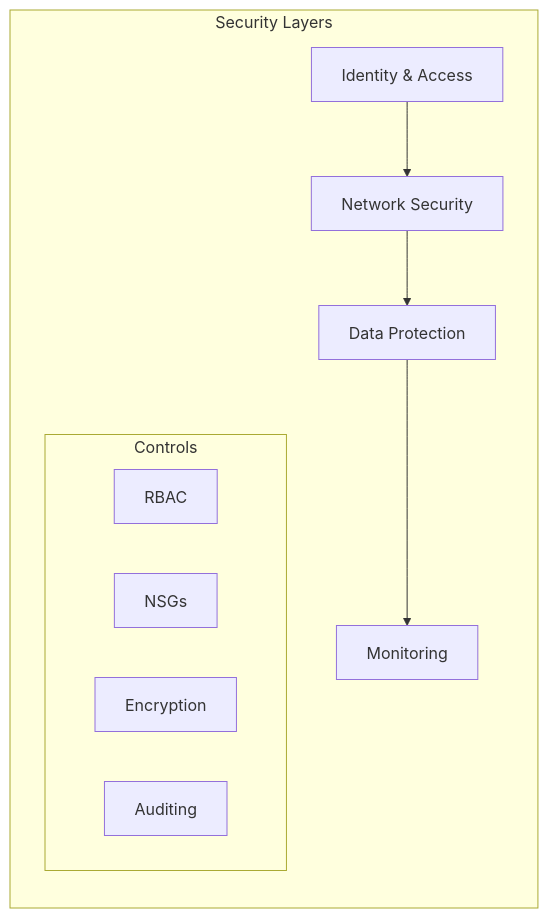
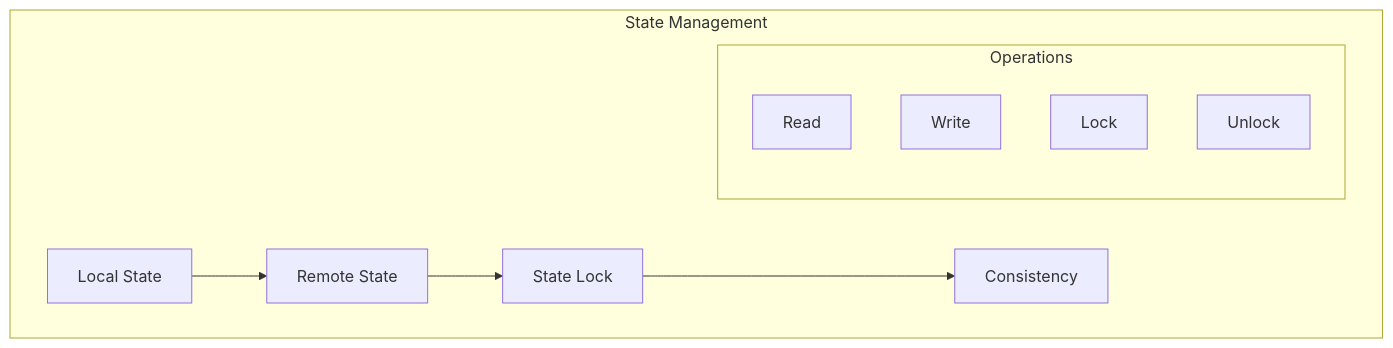
The third of 4 diagrams in src/Infrastructure_as_Code_Principles.md (saravanakumarrc/Architecture_Journey), drawn with Mermaid before and after one commit. The commit also changed other lines of this file and 3 other files, not shown here.

````diff
--- a/src/Infrastructure_as_Code_Principles.md
+++ b/src/Infrastructure_as_Code_Principles.md
@@ -223,17 +125,15 @@
 ```mermaid
 graph TB
-    subgraph "Security Layers"
-        direction TB
+    subgraph "State Management"
+        L[Local State] --> R[Remote State]
+        R --> S[State Lock]
+        S --> C[Consistency]
         
-        I[Identity & Access] --> N[Network Security]
-        N --> D[Data Protection]
-        D --> M[Monitoring]
-        
-        subgraph "Controls"
-            C1[RBAC]
-            C2[NSGs]
-            C3[Encryption]
-            C4[Auditing]
+        subgraph "Operations"
+            READ[Read]
+            WRITE[Write]
+            LOCK[Lock]
+            UNLOCK[Unlock]
         end
     end
 ```
````
